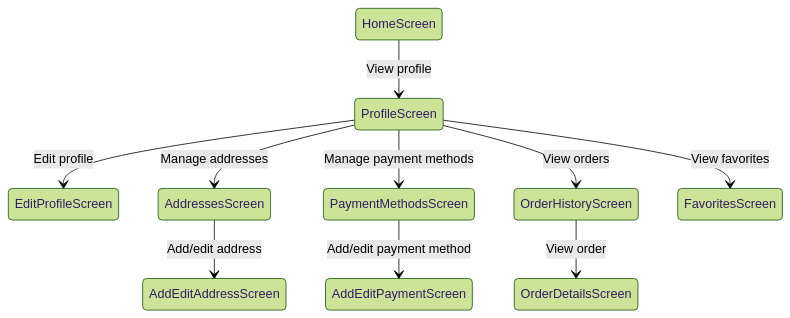
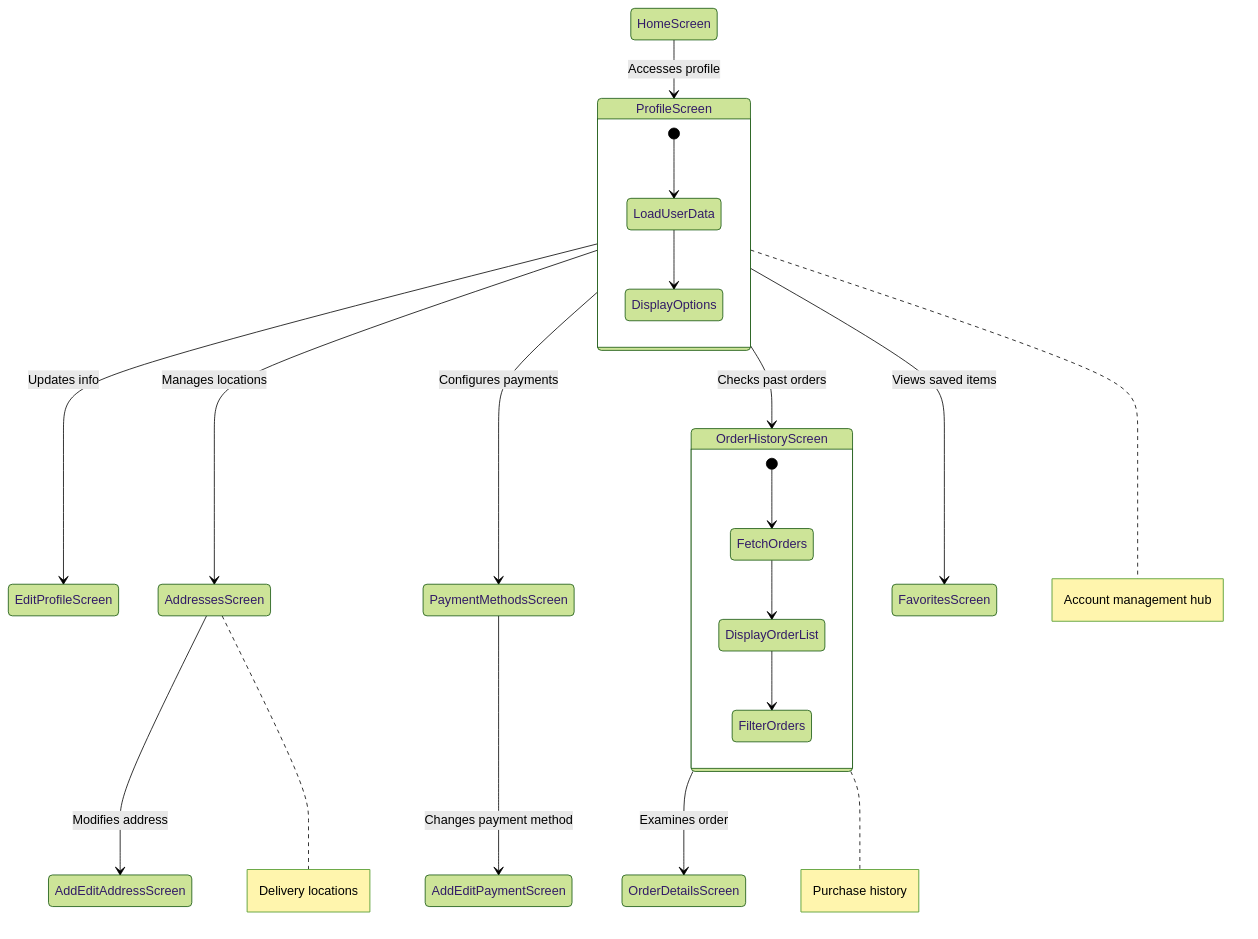
Before and after one commit to GeniusSystems24/genius_store: the fourth of 4 diagrams in lib/presentation/screens/README.md, drawn with Mermaid (forest theme). The commit also changed other lines of this file and 60 other files, not shown here.

Commit message:
- add animations to diagrams.

````diff
--- a/lib/presentation/screens/README.md
+++ b/lib/presentation/screens/README.md
@@ -91,12 +139,29 @@
 ```mermaid
 stateDiagram-v2
-    HomeScreen --> ProfileScreen: View profile
-    ProfileScreen --> EditProfileScreen: Edit profile
-    ProfileScreen --> AddressesScreen: Manage addresses
-    ProfileScreen --> PaymentMethodsScreen: Manage payment methods
-    ProfileScreen --> OrderHistoryScreen: View orders
-    ProfileScreen --> FavoritesScreen: View favorites
-    OrderHistoryScreen --> OrderDetailsScreen: View order
-    AddressesScreen --> AddEditAddressScreen: Add/edit address
-    PaymentMethodsScreen --> AddEditPaymentScreen: Add/edit payment method
+    HomeScreen --> ProfileScreen: Accesses profile
+    ProfileScreen --> EditProfileScreen: Updates info
+    ProfileScreen --> AddressesScreen: Manages locations
+    ProfileScreen --> PaymentMethodsScreen: Configures payments
+    ProfileScreen --> OrderHistoryScreen: Checks past orders
+    ProfileScreen --> FavoritesScreen: Views saved items
+    OrderHistoryScreen --> OrderDetailsScreen: Examines order
+    AddressesScreen --> AddEditAddressScreen: Modifies address
+    PaymentMethodsScreen --> AddEditPaymentScreen: Changes payment method
+    
+    note right of ProfileScreen: Account management hub
+    note right of OrderHistoryScreen: Purchase history
+    note right of AddressesScreen: Delivery locations
+    
+    state ProfileScreen {
+        [*] --> LoadUserData
+        LoadUserData --> DisplayOptions
+    }
+    
+    state OrderHistoryScreen {
+        [*] --> FetchOrders
+        FetchOrders --> DisplayOrderList
+        DisplayOrderList --> FilterOrders
+    }
+    
+  
 ```
````
